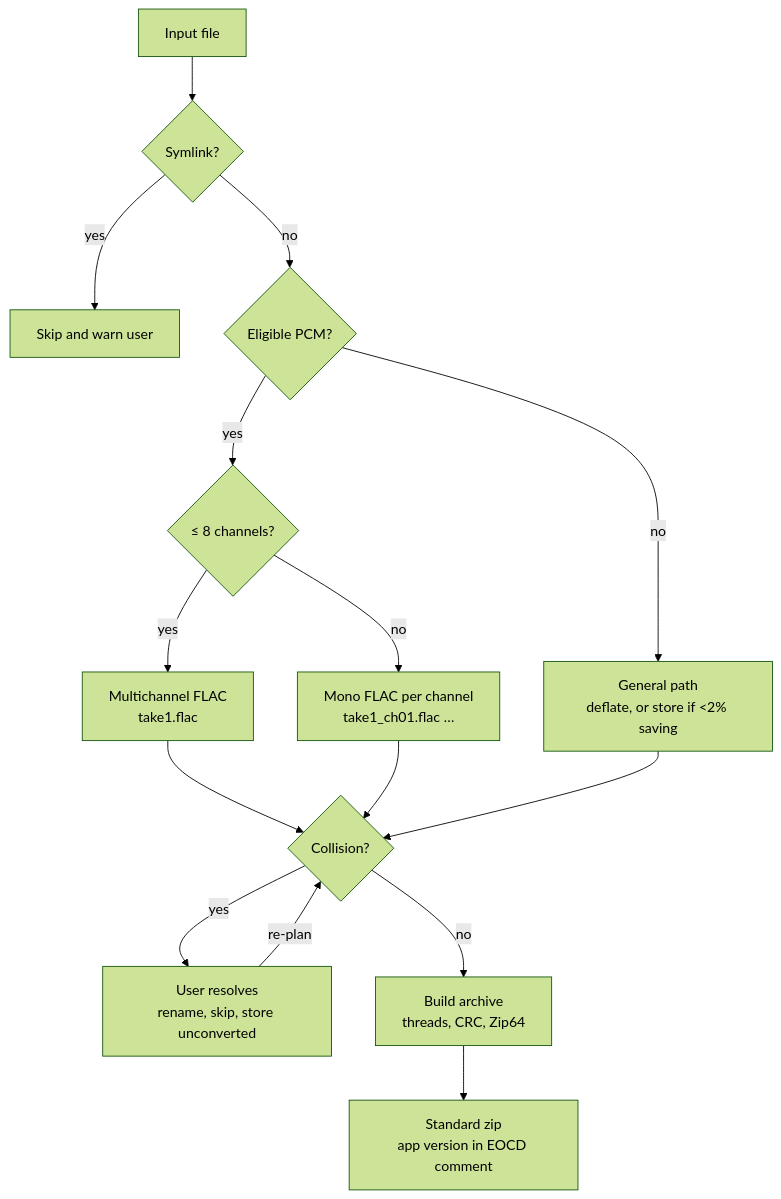
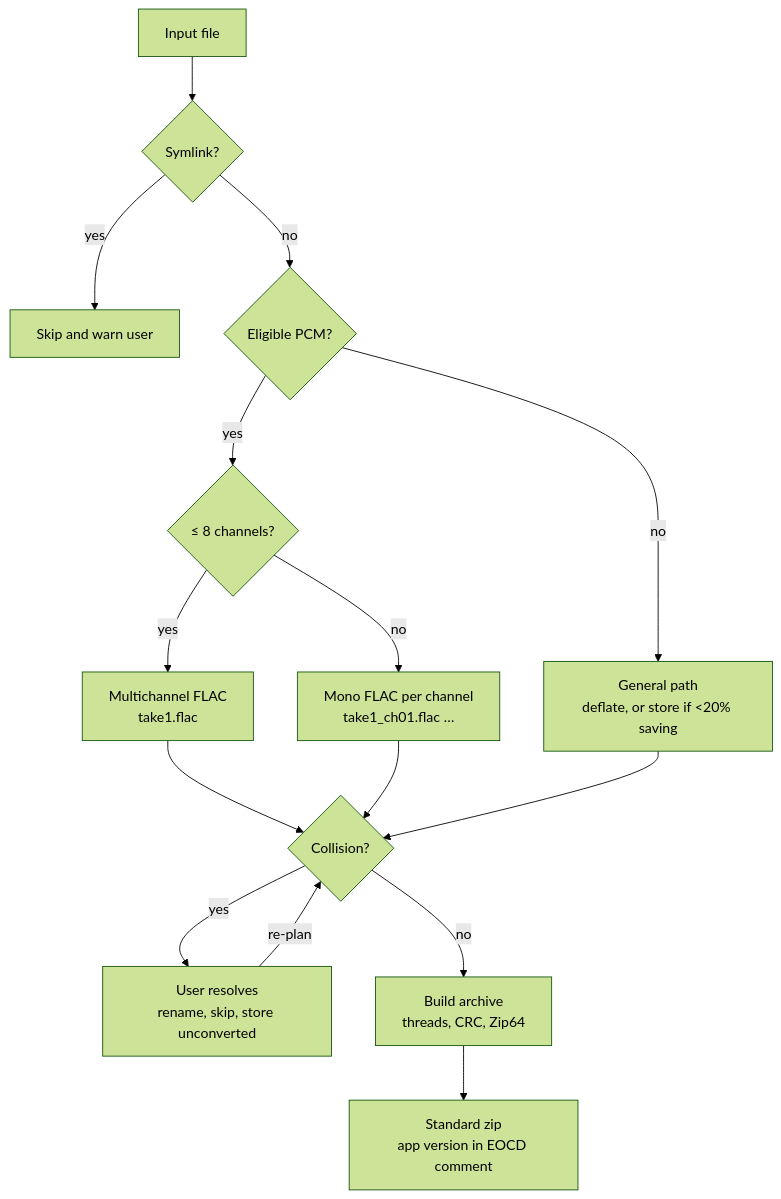
Before and after one commit to claude-coder-collab/satchel: the second of 5 diagrams in docs/spec/main-spec.md, drawn with Mermaid (forest theme). The commit also changed other lines of this file and 7 other files, not shown here.

````diff
--- a/docs/spec/main-spec.md
+++ b/docs/spec/main-spec.md
@@ -48,17 +48,17 @@
 ```mermaid
 flowchart TD
     IN["Input file"] --> SL{"Symlink?"}
     SL -- yes --> SK["Skip and warn user"]
     SL -- no --> EL{"Eligible PCM?"}
-    EL -- no --> GP["General path<br/>deflate, or store if &lt;2% saving"]
+    EL -- no --> GP["General path<br/>deflate, or store if &lt;20% saving"]
     EL -- yes --> CH{"≤ 8 channels?"}
     CH -- yes --> FC["Multichannel FLAC<br/>take1.flac"]
     CH -- no --> MM["Mono FLAC per channel<br/>take1_ch01.flac …"]
     FC --> CO{"Collision?"}
     MM --> CO
     GP --> CO
     CO -- yes --> UR["User resolves<br/>rename, skip, store unconverted"]
     UR -- re-plan --> CO
     CO -- no --> BA["Build archive<br/>threads, CRC, Zip64"]
     BA --> OUT["Standard zip<br/>app version in EOCD comment"]
 ```
````
